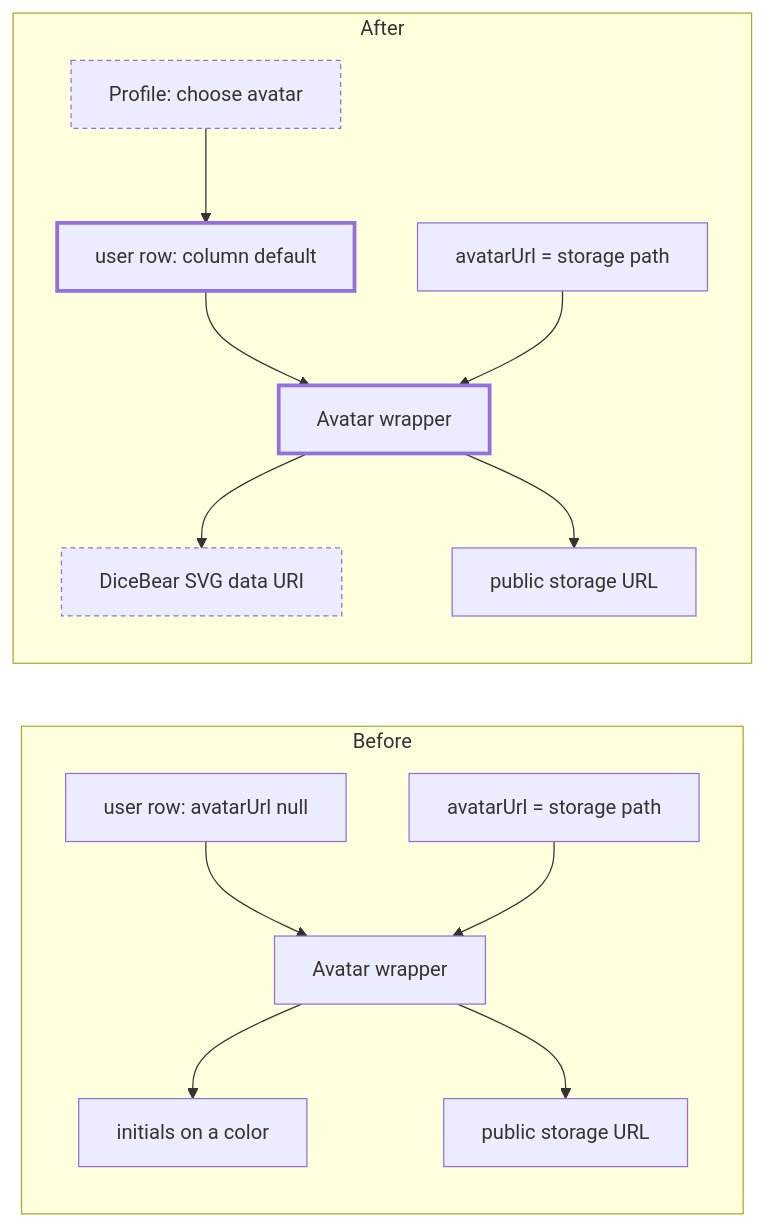
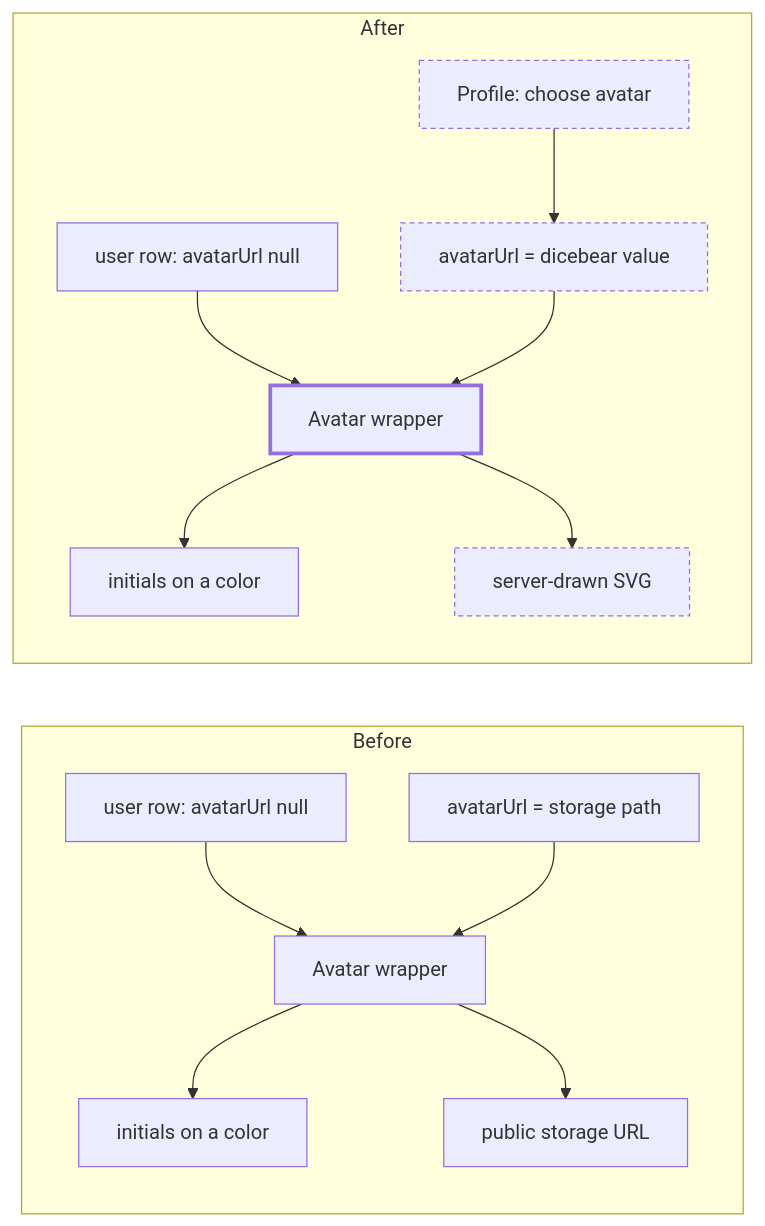
Before and after one commit to crbnos/carbon: the diagram in .ai/specs/2026-10-08-dicebear-avatars.md, drawn with Mermaid. The commit also changed other lines of this file and 9 other files, not shown here.

First line of the commit message:
fix(account): new users keep their initials, no generated avatar by default

````diff
--- a/.ai/specs/2026-10-08-dicebear-avatars.md
+++ b/.ai/specs/2026-10-08-dicebear-avatars.md
@@ -20,18 +18,18 @@
 ```mermaid
 flowchart LR
     subgraph Before
         B1["user row: avatarUrl null"] --> B2["Avatar wrapper"]
         B2 --> B3["initials on a color"]
         B4["avatarUrl = storage path"] --> B2
         B2 --> B5["public storage URL"]
     end
     subgraph After
-        A1["user row: column default"]:::hot --> A2["Avatar wrapper"]:::hot
-        A2 --> A3["DiceBear SVG data URI"]:::new
-        A4["avatarUrl = storage path"] --> A2
-        A2 --> A5["public storage URL"]
-        A6["Profile: choose avatar"]:::new --> A1
+        A1["user row: avatarUrl null"] --> A2["Avatar wrapper"]:::hot
+        A2 --> A0["initials on a color"]
+        A7["avatarUrl = dicebear value"]:::new --> A2
+        A2 --> A3["server-drawn SVG"]:::new
+        A6["Profile: choose avatar"]:::new --> A7
     end
     classDef hot stroke-width:3px
     classDef new stroke-dasharray:4 3
 ```
````
